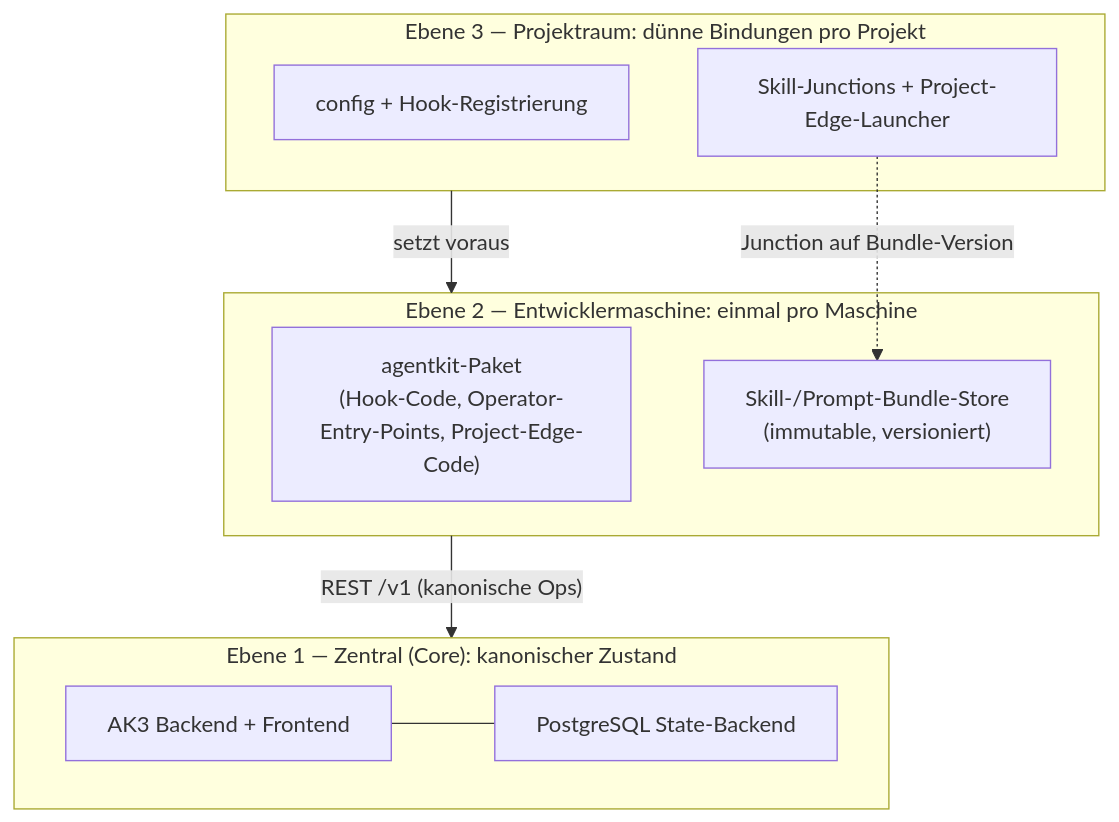
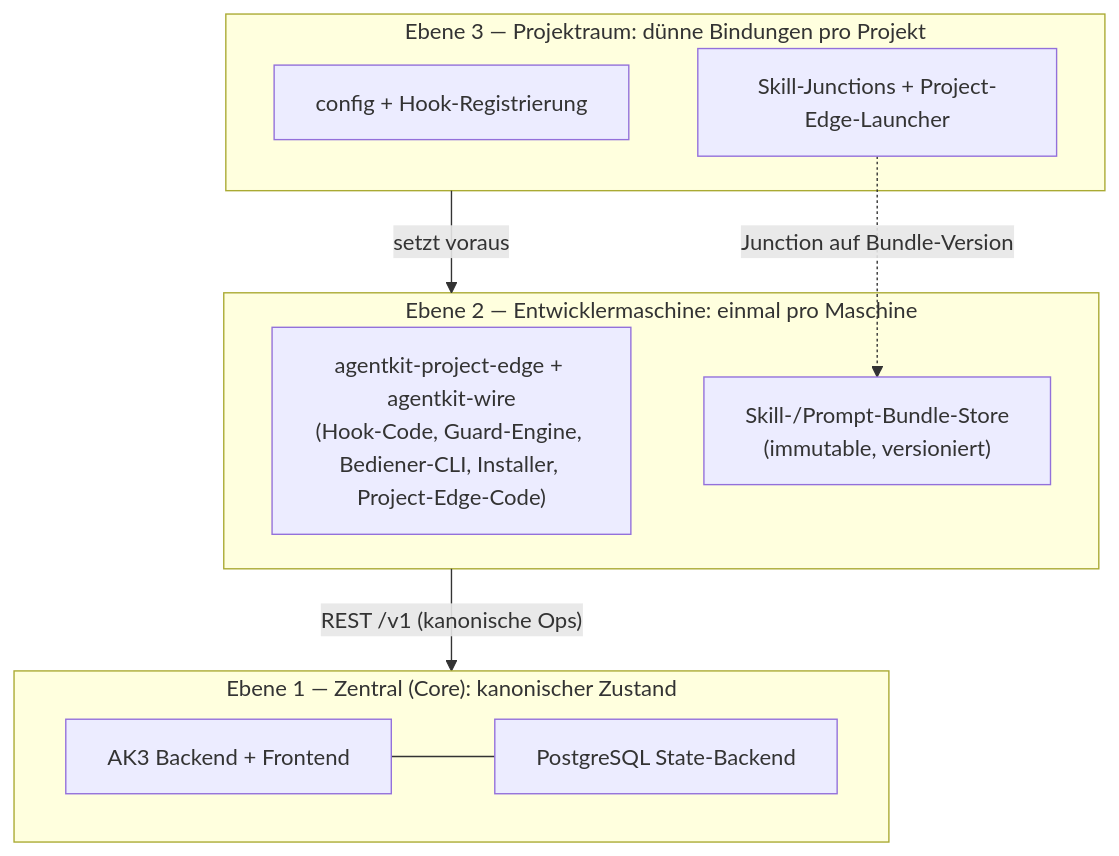
Before and after one commit to saltenhof/claude-agentkit3: the second of 3 diagrams in concept/technical-design/10_runtime_deployment_speicher.md, drawn with Mermaid. The commit also changed other lines of this file and 16 other files, not shown here.

````diff
--- a/concept/technical-design/10_runtime_deployment_speicher.md
+++ b/concept/technical-design/10_runtime_deployment_speicher.md
@@ -294,20 +424,20 @@
 ```mermaid
 graph TB
     subgraph L1["Ebene 1 — Zentral (Core): kanonischer Zustand"]
         BE["AK3 Backend + Frontend"]
         PG["PostgreSQL State-Backend"]
         BE --- PG
     end
     subgraph L2["Ebene 2 — Entwicklermaschine: einmal pro Maschine"]
-        PKG["agentkit-Paket<br/>(Hook-Code, Operator-Entry-Points, Project-Edge-Code)"]
+        PKG["agentkit-project-edge + agentkit-wire<br/>(Hook-Code, Guard-Engine, Bediener-CLI, Installer, Project-Edge-Code)"]
         STORE["Skill-/Prompt-Bundle-Store<br/>(immutable, versioniert)"]
     end
     subgraph L3["Ebene 3 — Projektraum: dünne Bindungen pro Projekt"]
         CFG["config + Hook-Registrierung"]
         LINKS["Skill-Junctions + Project-Edge-Launcher"]
     end
 
     L3 -->|"setzt voraus"| L2
     L2 -->|"REST /v1 (kanonische Ops)"| L1
     LINKS -.->|"Junction auf Bundle-Version"| STORE
 ```
````
